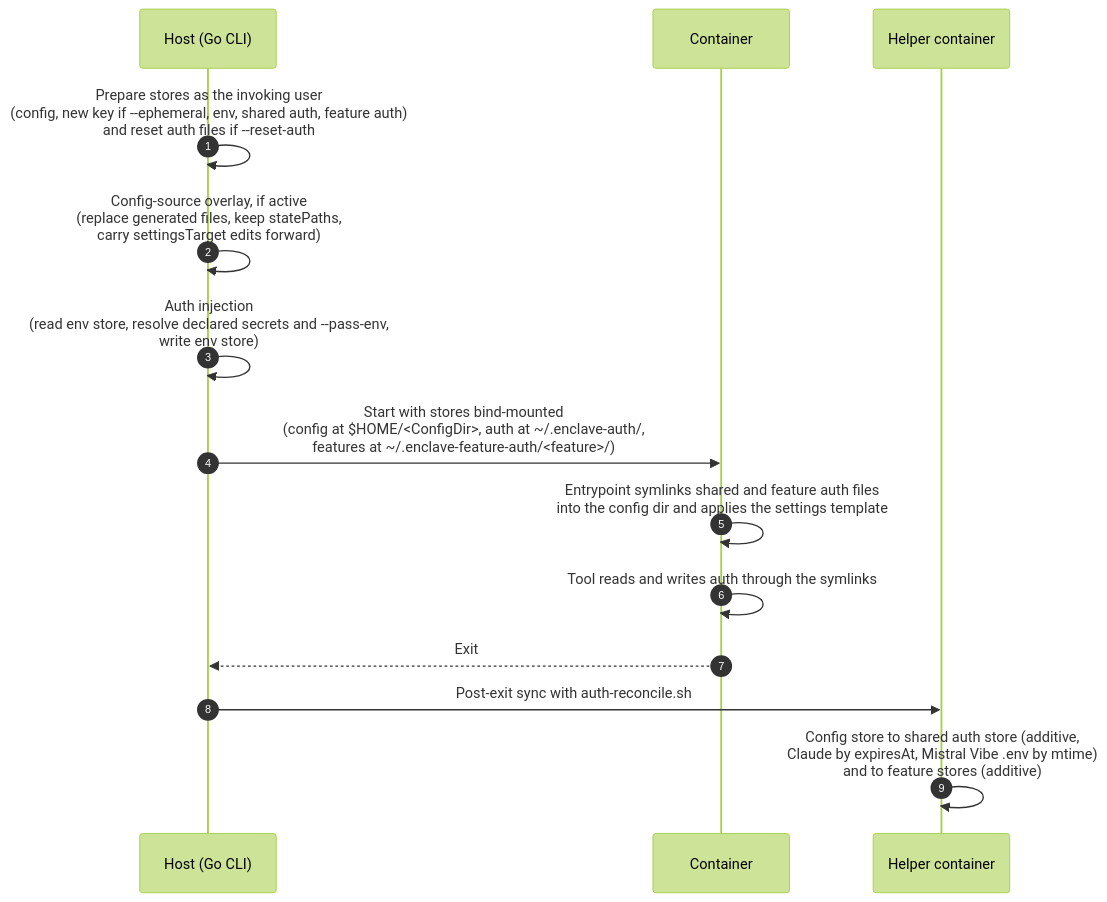
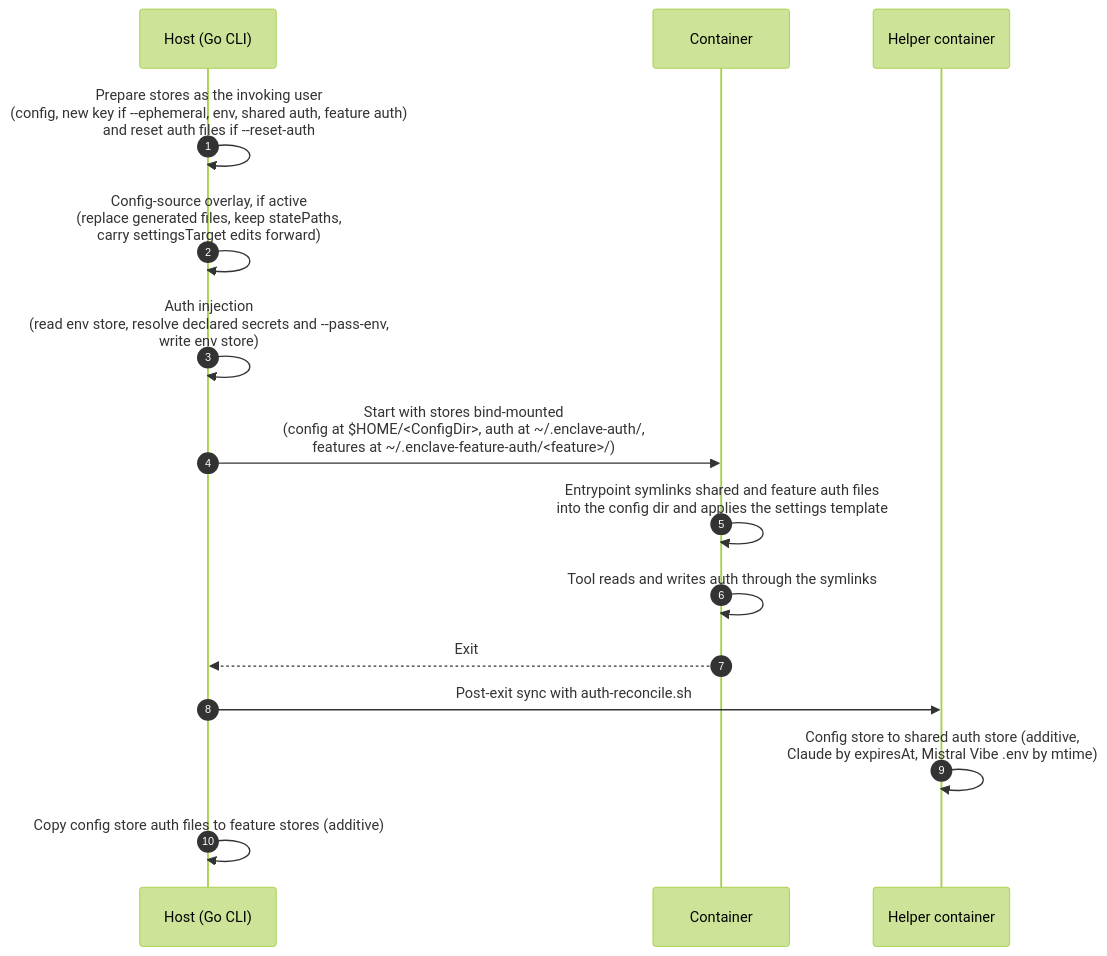
One commit to eclipse-enclave/enclave changed the diagram in docs/runtime/stores.md. Above: the diagram before and after it, drawn with Mermaid (forest theme). The commit also changed other lines of this file, not shown here.

Commit message:
docs: fix feature-store sync step and add Copilot state paths
The feature-store sync after exit is a host-side copy, not part of the
helper container's reconcile, and Copilot also declares statePaths.

https://github.com/eclipse-enclave/enclave/pull/210#discussion_r4482540896
https://github.com/eclipse-enclave/enclave/pull/210#discussion_r4482541130

````diff
--- a/docs/runtime/stores.md
+++ b/docs/runtime/stores.md
@@ -251,17 +252,18 @@
 ```mermaid
 sequenceDiagram
     autonumber
     participant Host as Host (Go CLI)
     participant Ctr as Container
     participant Helper as Helper container
 
     Host->>Host: Prepare stores as the invoking user<br/>(config, new key if --ephemeral, env, shared auth, feature auth)<br/>and reset auth files if --reset-auth
     Host->>Host: Config-source overlay, if active<br/>(replace generated files, keep statePaths,<br/>carry settingsTarget edits forward)
     Host->>Host: Auth injection<br/>(read env store, resolve declared secrets and --pass-env,<br/>write env store)
     Host->>Ctr: Start with stores bind-mounted<br/>(config at $HOME/#60;ConfigDir#62;, auth at ~/.enclave-auth/,<br/>features at ~/.enclave-feature-auth/#60;feature#62;/)
     Ctr->>Ctr: Entrypoint symlinks shared and feature auth files<br/>into the config dir and applies the settings template
     Ctr->>Ctr: Tool reads and writes auth through the symlinks
     Ctr-->>Host: Exit
     Host->>Helper: Post-exit sync with auth-reconcile.sh
-    Helper->>Helper: Config store to shared auth store (additive,<br/>Claude by expiresAt, Mistral Vibe .env by mtime)<br/>and to feature stores (additive)
+    Helper->>Helper: Config store to shared auth store (additive,<br/>Claude by expiresAt, Mistral Vibe .env by mtime)
+    Host->>Host: Copy config store auth files to feature stores (additive)
 ```
````
